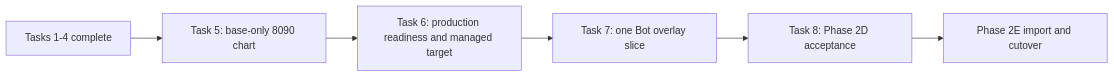
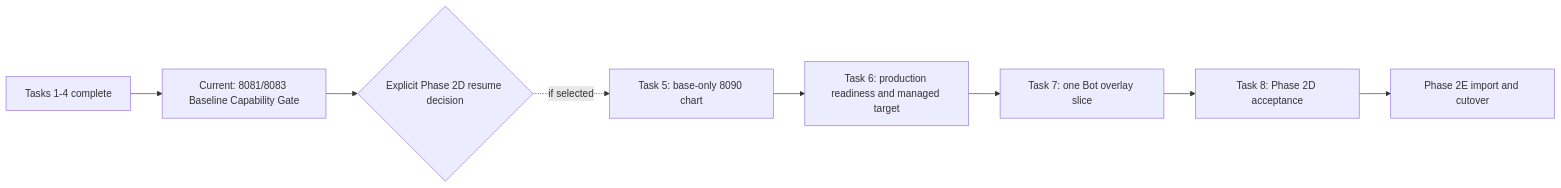
The diagram in docs/superpowers/plans/2026-07-12-runtime-registry-v2-phase2d-market-data-ui.md (xrunmasterx/freqtrade-cn), drawn with Mermaid before and after one commit. The commit also changed other lines of this file and 17 other files, not shown here.

Commit message:
feat: establish phase1 baseline capability gate

````diff
--- a/docs/superpowers/plans/2026-07-12-runtime-registry-v2-phase2d-market-data-ui.md
+++ b/docs/superpowers/plans/2026-07-12-runtime-registry-v2-phase2d-market-data-ui.md
@@ -57,8 +61,10 @@
 ```mermaid
 flowchart LR
-    D14[Tasks 1-4 complete] --> D5[Task 5: base-only 8090 chart]
+    D14[Tasks 1-4 complete] --> G[Current: 8081/8083 Baseline Capability Gate]
+    G --> R{Explicit Phase 2D resume decision}
+    R -. if selected .-> D5[Task 5: base-only 8090 chart]
     D5 --> D6[Task 6: production readiness and managed target]
     D6 --> D7[Task 7: one Bot overlay slice]
     D7 --> D8[Task 8: Phase 2D acceptance]
     D8 --> E[Phase 2E import and cutover]
 ```
````
